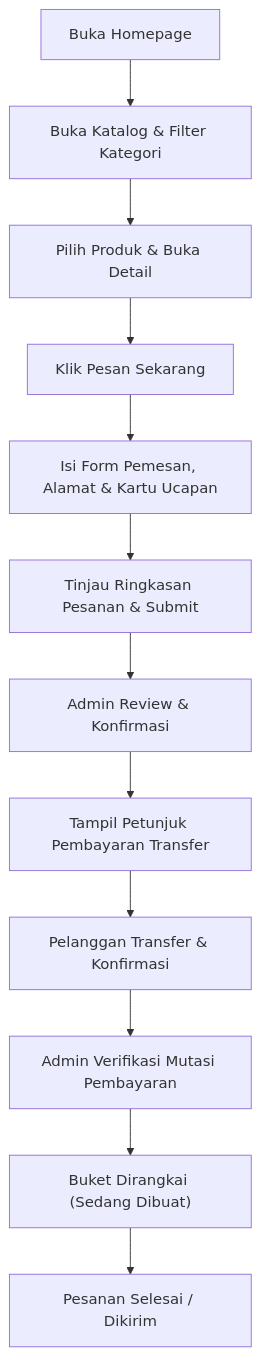
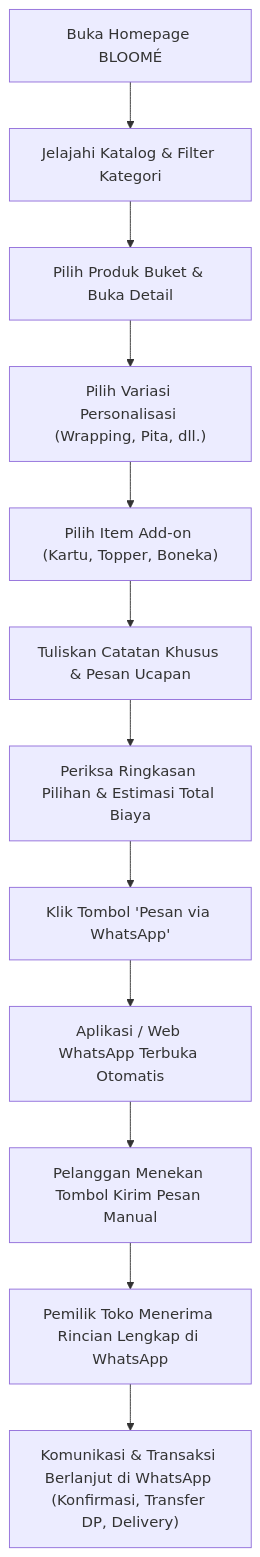
The second of 3 diagrams in prd.md (Elfend11/buketbunga), drawn with Mermaid before and after one commit. The commit also changed other lines of this file and 89 other files, not shown here.

````diff
--- a/prd.md
+++ b/prd.md
@@ -238,14 +241,14 @@
 ```mermaid
 flowchart TD
-    A["Buka Homepage"] --> B["Buka Katalog & Filter Kategori"]
-    B --> C["Pilih Produk & Buka Detail"]
-    C --> D["Klik Pesan Sekarang"]
-    D --> E["Isi Form Pemesan, Alamat & Kartu Ucapan"]
-    E --> F["Tinjau Ringkasan Pesanan & Submit"]
-    F --> G["Admin Review & Konfirmasi"]
-    G --> H["Tampil Petunjuk Pembayaran Transfer"]
-    H --> I["Pelanggan Transfer & Konfirmasi"]
-    I --> J["Admin Verifikasi Mutasi Pembayaran"]
-    J --> K["Buket Dirangkai (Sedang Dibuat)"]
-    K --> L["Pesanan Selesai / Dikirim"]
+    A["Buka Homepage BLOOMÉ"] --> B["Jelajahi Katalog & Filter Kategori"]
+    B --> C["Pilih Produk Buket & Buka Detail"]
+    C --> D["Pilih Variasi Personalisasi (Wrapping, Pita, dll.)"]
+    D --> E["Pilih Item Add-on (Kartu, Topper, Boneka)"]
+    E --> F["Tuliskan Catatan Khusus & Pesan Ucapan"]
+    F --> G["Periksa Ringkasan Pilihan & Estimasi Total Biaya"]
+    G --> H["Klik Tombol 'Pesan via WhatsApp'"]
+    H --> I["Aplikasi / Web WhatsApp Terbuka Otomatis"]
+    I --> J["Pelanggan Menekan Tombol Kirim Pesan Manual"]
+    J --> K["Pemilik Toko Menerima Rincian Lengkap di WhatsApp"]
+    K --> L["Komunikasi & Transaksi Berlanjut di WhatsApp (Konfirmasi, Transfer DP, Delivery)"]
 ```
````
